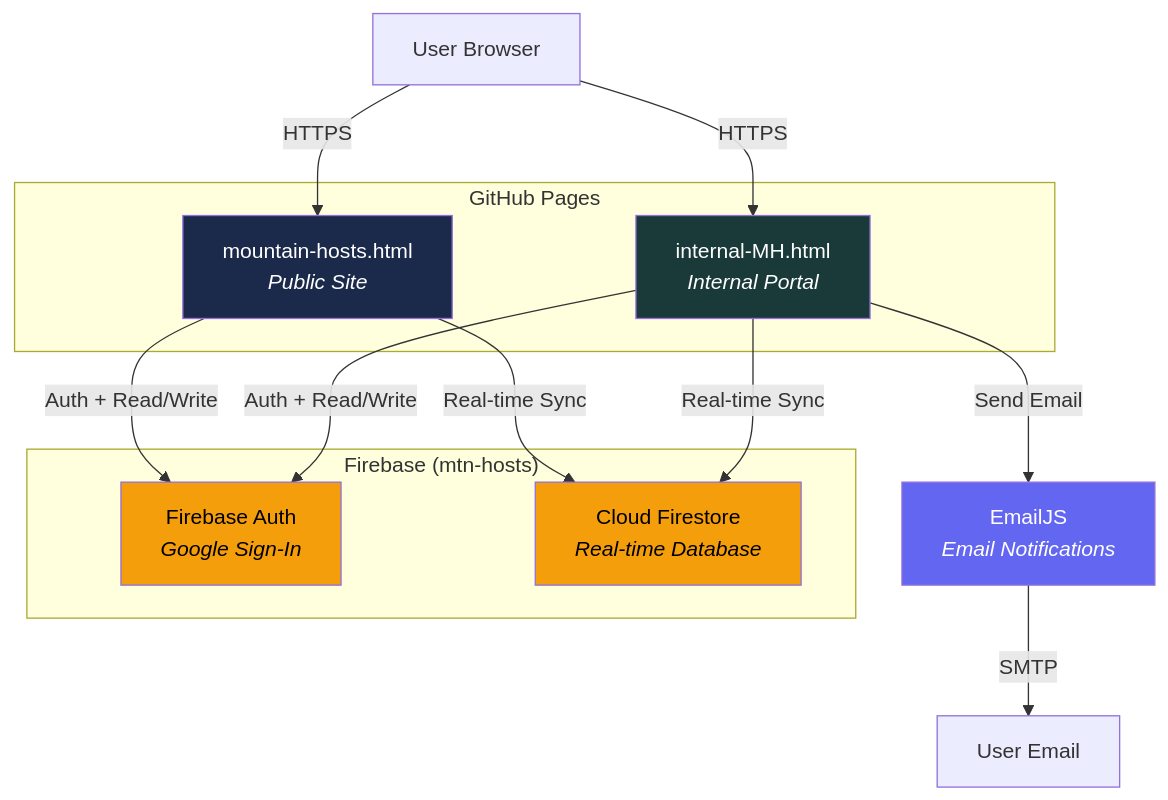
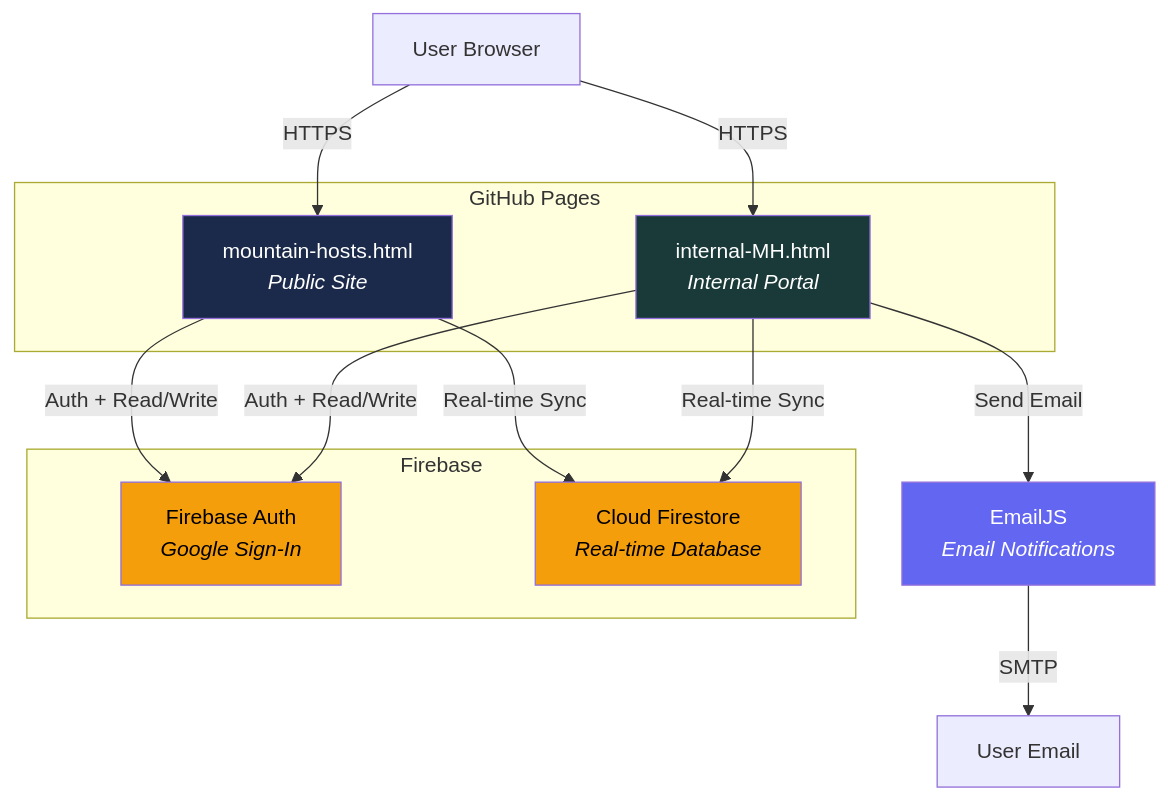
Before and after one commit to MountainsToGo/bbhosts: the first of 8 diagrams in ARCHITECTURE.md, drawn with Mermaid. The commit also changed other lines of this file, not shown here.

Commit message:
Remove sensitive IDs and keys from architecture doc

````diff
--- a/ARCHITECTURE.md
+++ b/ARCHITECTURE.md
@@ -7,30 +7,30 @@
 ```mermaid
 graph TB
     subgraph "GitHub Pages"
         PUB["mountain-hosts.html<br/><i>Public Site</i>"]
         INT["internal-MH.html<br/><i>Internal Portal</i>"]
     end
 
-    subgraph "Firebase (mtn-hosts)"
+    subgraph "Firebase"
         AUTH["Firebase Auth<br/><i>Google Sign-In</i>"]
         FS["Cloud Firestore<br/><i>Real-time Database</i>"]
     end
 
     EMAILJS["EmailJS<br/><i>Email Notifications</i>"]
     BROWSER["User Browser"]
 
     BROWSER -->|HTTPS| PUB
     BROWSER -->|HTTPS| INT
     PUB -->|Auth + Read/Write| AUTH
     PUB -->|Real-time Sync| FS
     INT -->|Auth + Read/Write| AUTH
     INT -->|Real-time Sync| FS
     INT -->|Send Email| EMAILJS
     EMAILJS -->|SMTP| EMAIL["User Email"]
 
     style PUB fill:#1b2a4a,color:#fff
     style INT fill:#1a3a3a,color:#fff
     style AUTH fill:#f59e0b,color:#000
     style FS fill:#f59e0b,color:#000
     style EMAILJS fill:#6366f1,color:#fff
 ```
````
